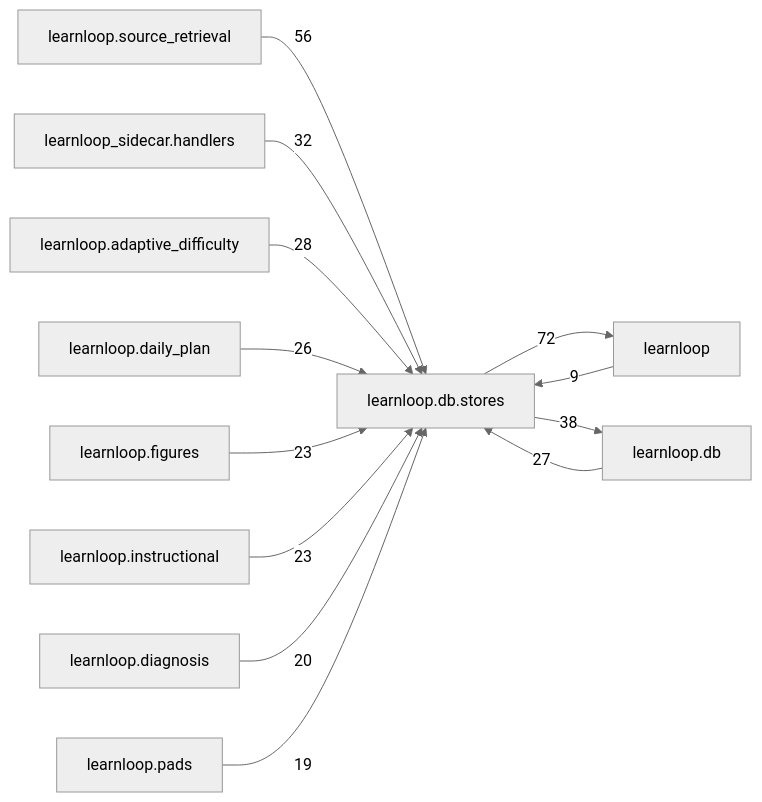
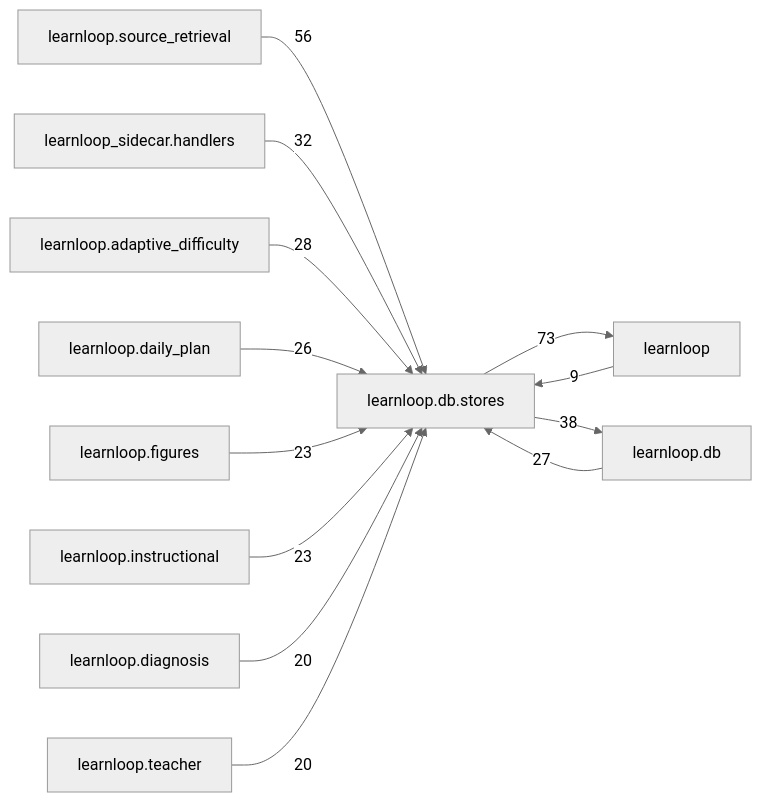
One commit to 6up-b/learnanything changed the diagram in docs/learnloop-architecture-vault/Reference/Modules/learnloop/db/stores/_package.md. Above: the diagram before and after it, drawn with Mermaid (neutral theme). The commit also changed other lines of this file and 76 other files, not shown here.

````diff
--- a/docs/learnloop-architecture-vault/Reference/Modules/learnloop/db/stores/_package.md
+++ b/docs/learnloop-architecture-vault/Reference/Modules/learnloop/db/stores/_package.md
@@ -282,26 +284,26 @@
 ```mermaid
 flowchart LR
     center["learnloop.db.stores"]
     n_learnloop["learnloop"]
     n_learnloop_db["learnloop.db"]
     n_learnloop_source_retrieval["learnloop.source_retrieval"]
     n_learnloop_sidecar_handlers["learnloop_sidecar.handlers"]
     n_learnloop_adaptive_difficulty["learnloop.adaptive_difficulty"]
     n_learnloop_daily_plan["learnloop.daily_plan"]
     n_learnloop_figures["learnloop.figures"]
     n_learnloop_instructional["learnloop.instructional"]
     n_learnloop_diagnosis["learnloop.diagnosis"]
-    n_learnloop_pads["learnloop.pads"]
+    n_learnloop_teacher["learnloop.teacher"]
     n_learnloop -->|9| center
-    center -->|72| n_learnloop
+    center -->|73| n_learnloop
     n_learnloop_db -->|27| center
     center -->|38| n_learnloop_db
     n_learnloop_source_retrieval -->|56| center
     n_learnloop_sidecar_handlers -->|32| center
     n_learnloop_adaptive_difficulty -->|28| center
     n_learnloop_daily_plan -->|26| center
     n_learnloop_figures -->|23| center
     n_learnloop_instructional -->|23| center
     n_learnloop_diagnosis -->|20| center
-    n_learnloop_pads -->|19| center
+    n_learnloop_teacher -->|20| center
 ```
````
